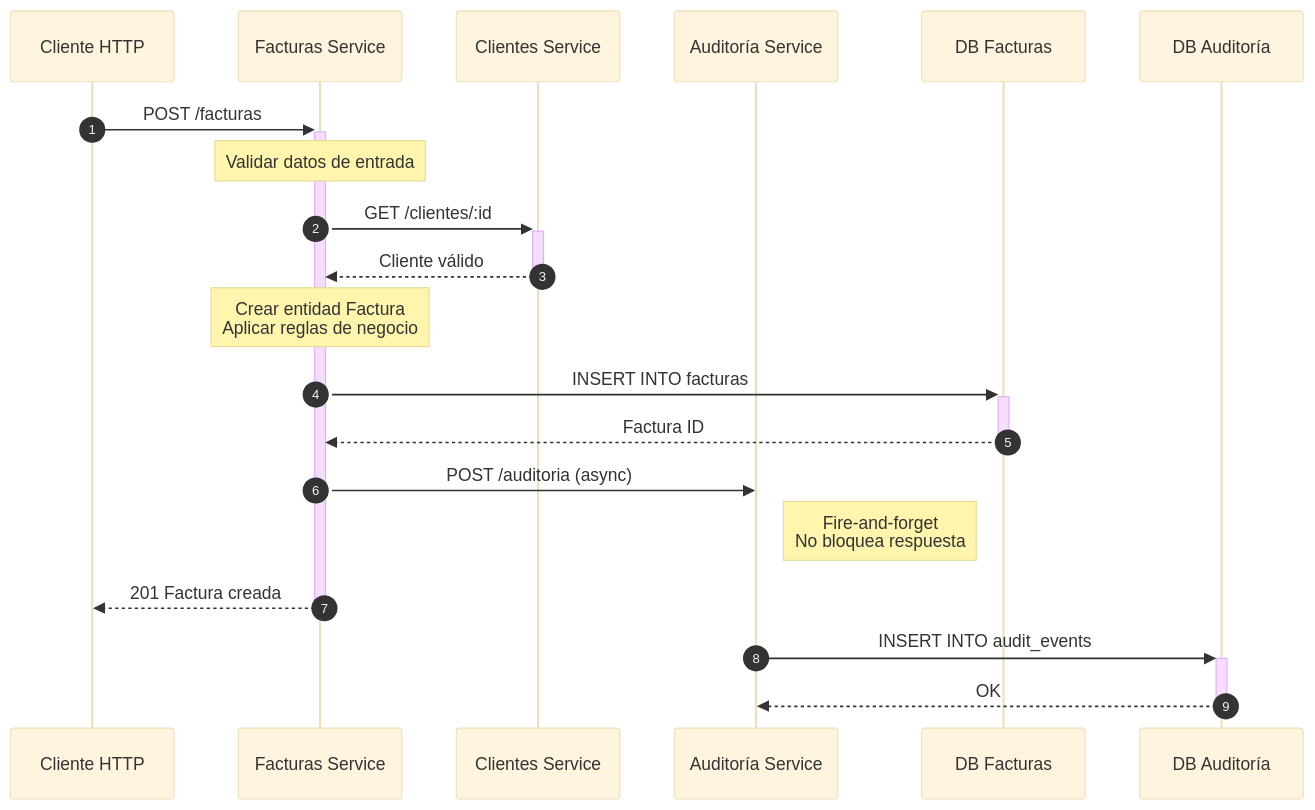
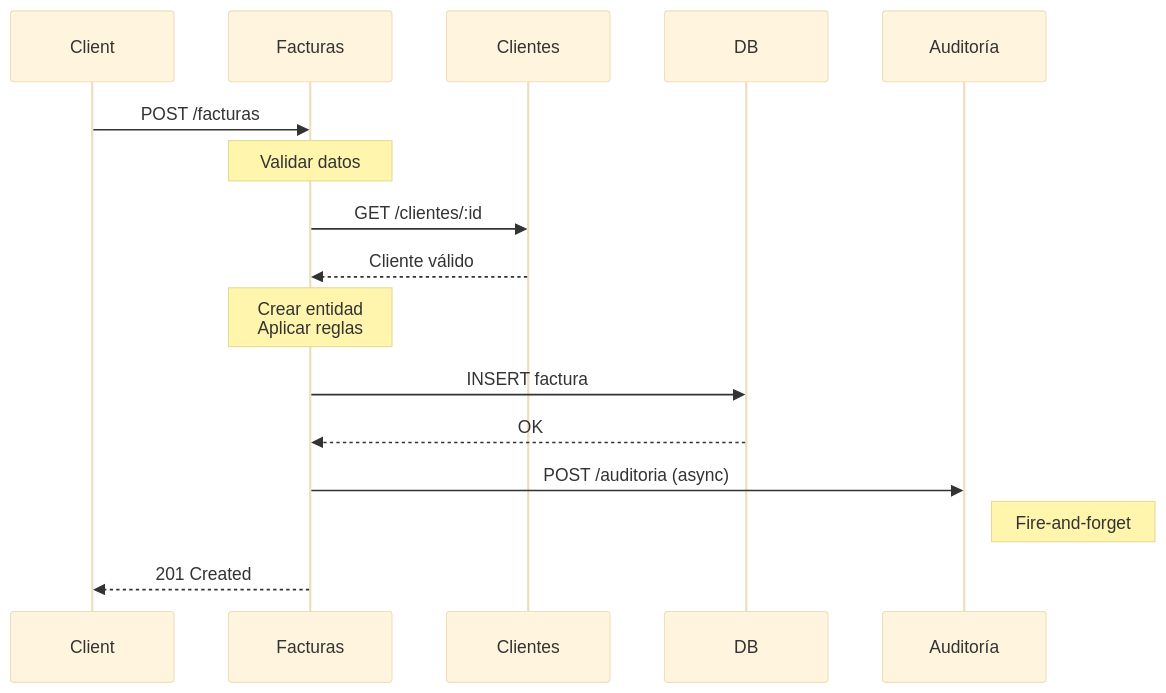
Before and after one commit to Asimpl3-Hero/RubyDoubleV: the third of 4 diagrams in docs/ARQUITECTURA.md, drawn with Mermaid (base theme). The commit also changed other lines of this file, not shown here.

First line of the commit message:
Update system architecture documentation

````diff
--- a/docs/ARQUITECTURA.md
+++ b/docs/ARQUITECTURA.md
@@ -59,29 +76,24 @@
 ```mermaid
 sequenceDiagram
-    autonumber
-    participant Cliente as Cliente HTTP
-    participant FS as Facturas Service
-    participant CS as Clientes Service
-    participant AS as Auditoría Service
-    participant DBF as DB Facturas
-    participant DBA as DB Auditoría
+    participant Client
+    participant Facturas
+    participant Clientes
+    participant DB
+    participant Auditoría
 
-    Cliente->>+FS: POST /facturas
-    Note over FS: Validar datos de entrada
+    Client->>Facturas: POST /facturas
+    Note over Facturas: Validar datos
 
-    FS->>+CS: GET /clientes/:id
-    CS-->>-FS: Cliente válido
+    Facturas->>Clientes: GET /clientes/:id
+    Clientes-->>Facturas: Cliente válido
 
-    Note over FS: Crear entidad Factura<br/>Aplicar reglas de negocio
+    Note over Facturas: Crear entidad<br/>Aplicar reglas
 
-    FS->>+DBF: INSERT INTO facturas
-    DBF-->>-FS: Factura ID
+    Facturas->>DB: INSERT factura
+    DB-->>Facturas: OK
 
-    FS->>AS: POST /auditoria (async)
-    Note right of AS: Fire-and-forget<br/>No bloquea respuesta
+    Facturas->>Auditoría: POST /auditoria (async)
+    Note right of Auditoría: Fire-and-forget
 
-    FS-->>-Cliente: 201 Factura creada
-
-    AS->>+DBA: INSERT INTO audit_events
-    DBA-->>-AS: OK
+    Facturas-->>Client: 201 Created
 ```
````
